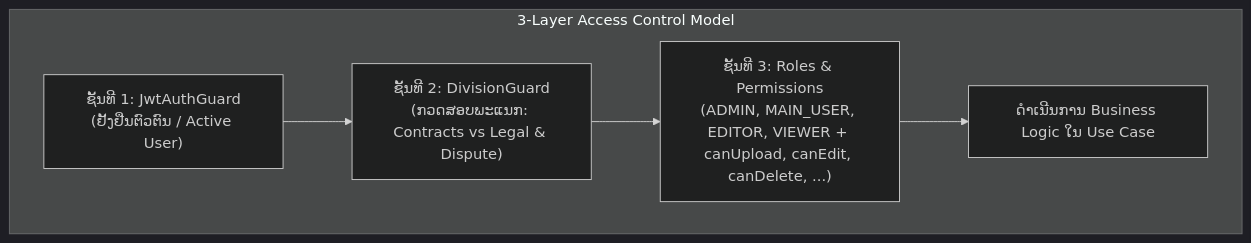
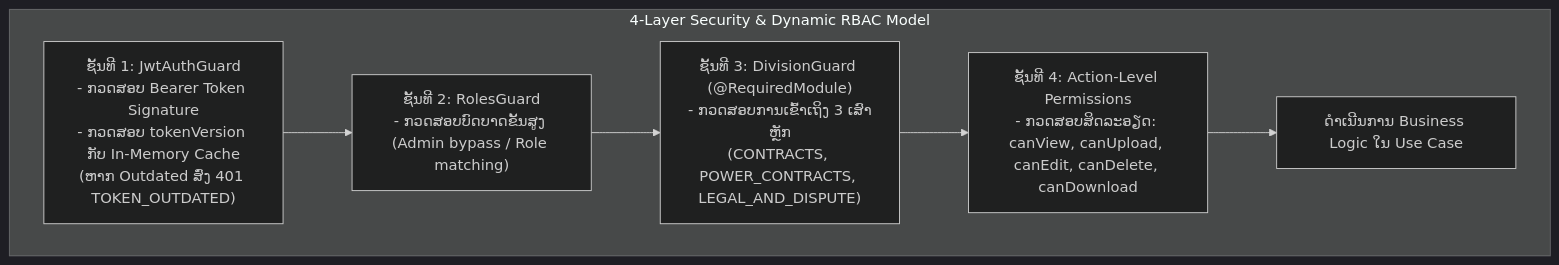
One commit to SamMie341/legal-contract-backend changed the seventh of 8 diagrams in SYSTEM_FLOW_AND_MODULES.md. Above: the diagram before and after it, drawn with Mermaid (dark theme). The commit also changed other lines of this file and 99 other files, not shown here.

Commit message:
edit role

````diff
--- a/SYSTEM_FLOW_AND_MODULES.md
+++ b/SYSTEM_FLOW_AND_MODULES.md
@@ -267,12 +295,14 @@
 ```mermaid
 graph TD
-    subgraph MultiLayerSecurity["3-Layer Access Control Model"]
-        L1["ຊັ້ນທີ 1: JwtAuthGuard<br/>(ຢັ້ງຢືນຕົວຕົນ / Active User)"]
-        L2["ຊັ້ນທີ 2: DivisionGuard<br/>(ກວດສອບພະແນກ: Contracts vs Legal & Dispute)"]
-        L3["ຊັ້ນທີ 3: Roles & Permissions<br/>(ADMIN, MAIN_USER, EDITOR, VIEWER + canUpload, canEdit, canDelete, ...)"]
-        
+    subgraph MultiLayerSecurity["4-Layer Security & Dynamic RBAC Model"]
+        L1["ຊັ້ນທີ 1: JwtAuthGuard<br/>- ກວດສອບ Bearer Token Signature<br/>- ກວດສອບ tokenVersion ກັບ In-Memory Cache<br/>(ຫາກ Outdated ສົ່ງ 401 TOKEN_OUTDATED)"]
+        L2["ຊັ້ນທີ 2: RolesGuard<br/>- ກວດສອບບົດບາດຂັ້ນສູງ (Admin bypass / Role matching)"]
+        L3["ຊັ້ນທີ 3: DivisionGuard (@RequiredModule)<br/>- ກວດສອບການເຂົ້າເຖິງ 3 ເສົາຫຼັກ<br/>(CONTRACTS, POWER_CONTRACTS, LEGAL_AND_DISPUTE)"]
+        L4["ຊັ້ນທີ 4: Action-Level Permissions<br/>- ກວດສອບສິດລະອຽດ: canView, canUpload, canEdit, canDelete, canDownload"]
+
         L1 --> L2
         L2 --> L3
-        L3 --> Execute["ດຳເນີນການ Business Logic ໃນ Use Case"]
+        L3 --> L4
+        L4 --> Execute["ດຳເນີນການ Business Logic ໃນ Use Case"]
     end
 ```
````
